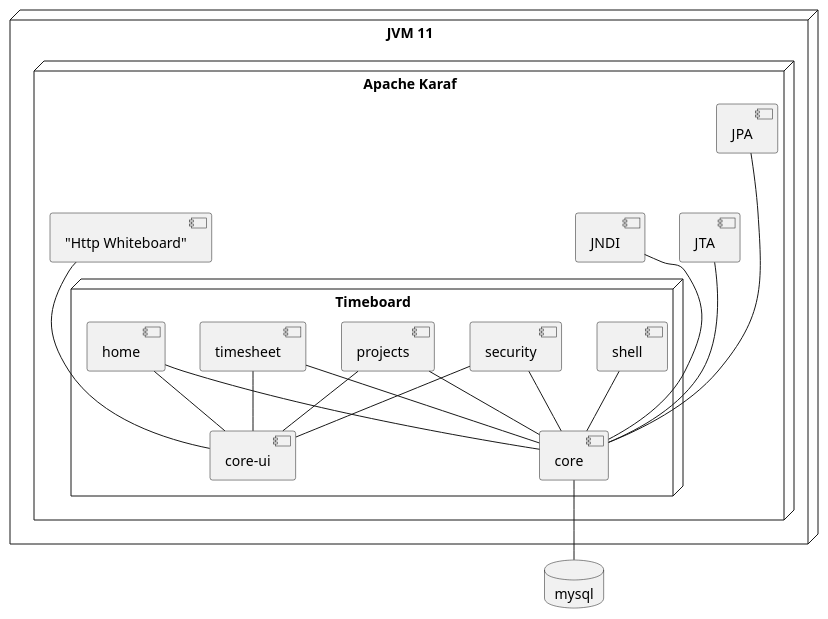
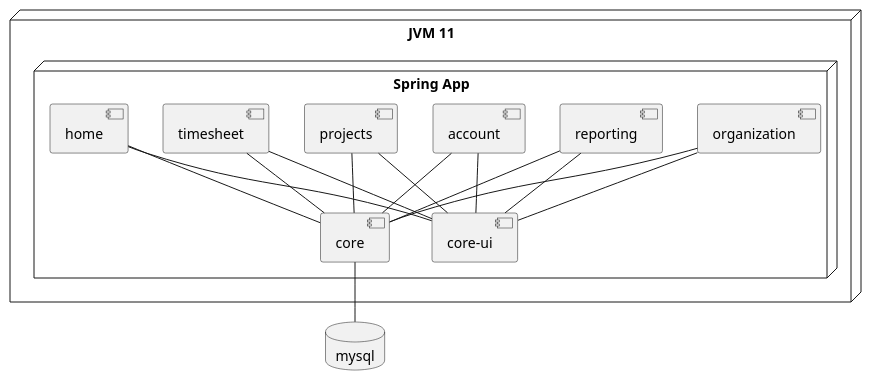
One commit to TimeboardIO/timeboard changed the diagram in docs/modeling/Deployment.puml. Above: the diagram before and after it, drawn with PlantUML. The commit also changed 23 other files, not shown here.

```diff
--- a/docs/modeling/Deployment.puml
+++ b/docs/modeling/Deployment.puml
@@ -1,37 +1,28 @@
 @startuml
 
 database mysql
 
 node "JVM 11" {
-    node "Apache Karaf"{
+    node "Spring App"{
 
+     [core] -- mysql
+     [account] -- core
+     [account] -- [core-ui]
+     [projects] -- core
+     [timesheet] -- core
+     [home] -- core
+     [organization] -- core
+     [organization] -- [core-ui]
+     [reporting] -- core
+     [reporting] -- [core-ui]
+     [projects] -- [core-ui]
+     [timesheet] -- [core-ui]
+     [home] -- [core-ui]
 
-         node "Timeboard"{
-             [core] -- mysql
-             [security] -- core
-             [security] -- [core-ui]
-             [projects] -- core
-             [timesheet] -- core
-             [home] -- core
-             [shell] -- core
-             [projects] -- [core-ui]
-             [timesheet] -- [core-ui]
-             [home] -- [core-ui]
-
-
-         }
-
-
-
-         [JPA] ---- core
-         [JTA] --- core
-         [JNDI] --- core
-
-         ["Http Whiteboard"] --- [core-ui]
     }
 }
 
 
 
 
 @enduml
```
